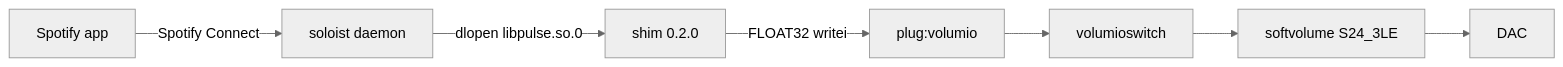
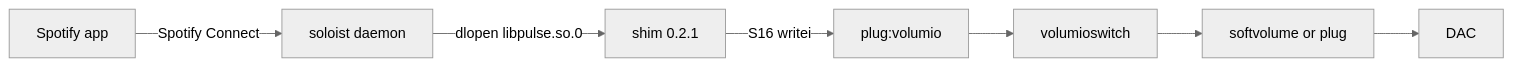
The first of 4 diagrams in README.md (foonerd/alsa_soloist_connect), drawn with Mermaid (neutral theme) before and after one commit. The commit also changed other lines of this file and 14 other files, not shown here.

````diff
--- a/README.md
+++ b/README.md
@@ -32,9 +32,9 @@
 ```mermaid
 flowchart LR
     SpotifyApp["Spotify app"] -->|"Spotify Connect"| Soloist["soloist daemon"]
-    Soloist -->|"dlopen libpulse.so.0"| Shim["shim 0.2.0"]
-    Shim -->|"FLOAT32 writei"| Plug["plug:volumio"]
+    Soloist -->|"dlopen libpulse.so.0"| Shim["shim 0.2.1"]
+    Shim -->|"S16 writei"| Plug["plug:volumio"]
     Plug --> Switch["volumioswitch"]
-    Switch --> Soft["softvolume S24_3LE"]
-    Soft --> Dac["DAC"]
+    Switch --> Out["softvolume or plug"]
+    Out --> Dac["DAC"]
 ```
````
